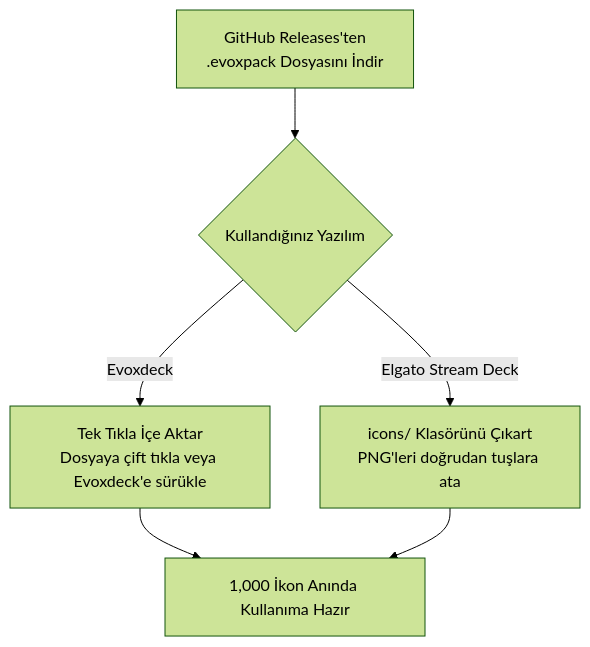
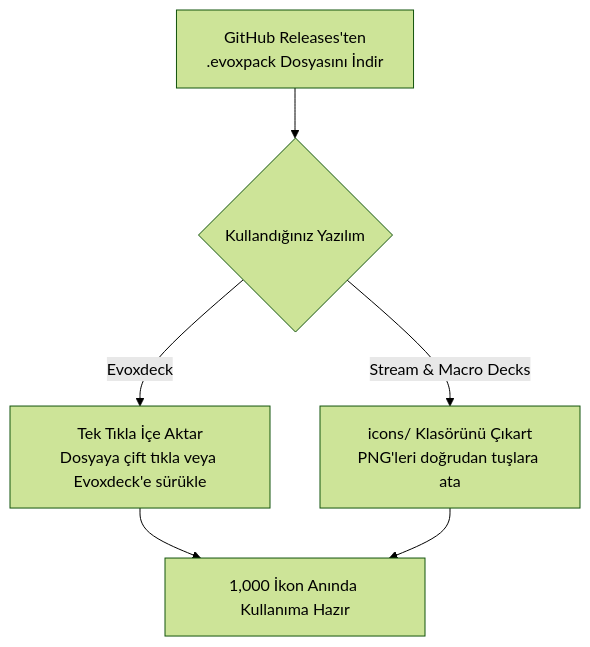
The diagram in README.tr.md (hfatih/glass-icons-pack-3), drawn with Mermaid (forest theme) before and after one commit. The commit also changed other lines of this file and 7 other files, not shown here.

````diff
--- a/README.tr.md
+++ b/README.tr.md
@@ -76,8 +76,8 @@
 ```mermaid
 flowchart TD
     A["GitHub Releases'ten<br/>.evoxpack Dosyasını İndir"] --> B{"Kullandığınız Yazılım"}
     B -->|"Evoxdeck"| C["Tek Tıkla İçe Aktar<br/>Dosyaya çift tıkla veya Evoxdeck'e sürükle"]
-    B -->|"Elgato Stream Deck"| D["icons/ Klasörünü Çıkart<br/>PNG'leri doğrudan tuşlara ata"]
+    B -->|"Stream & Macro Decks"| D["icons/ Klasörünü Çıkart<br/>PNG'leri doğrudan tuşlara ata"]
     C --> E["1,000 İkon Anında Kullanıma Hazır"]
     D --> E
 ```
````
